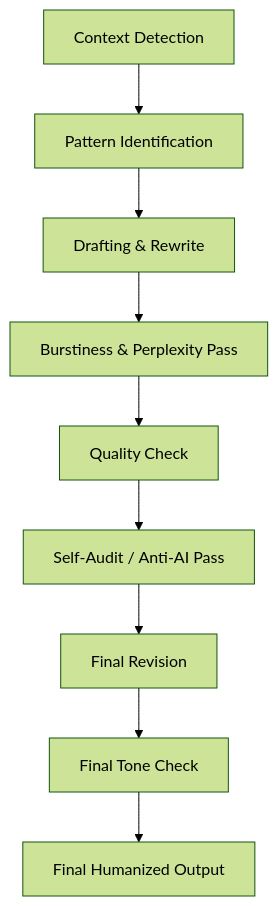
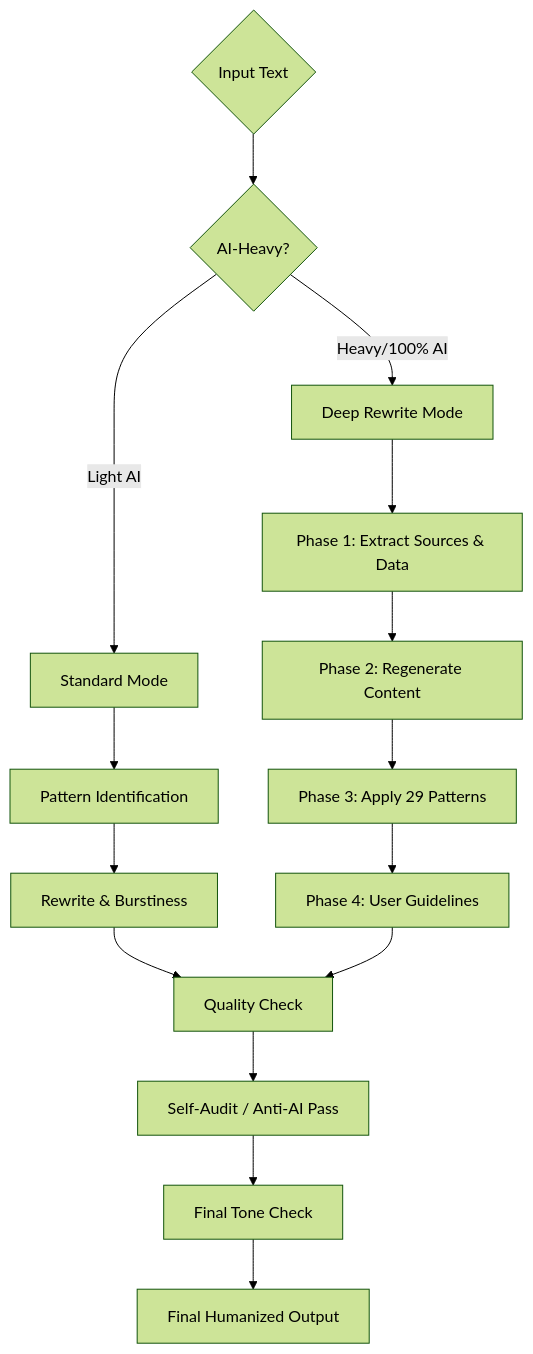
Before and after one commit to nadeem12q/academic-humanizer: the diagram in README.md, drawn with Mermaid (forest theme). The commit also changed other lines of this file and 1 other file, not shown here.

Commit message:
v2.0.0: Deep Rewrite Mode - Full content regeneration for 100% AI text

````diff
--- a/README.md
+++ b/README.md
@@ -37,11 +43,17 @@
 ```mermaid
 graph TD
-    A[Context Detection] --> B[Pattern Identification]
-    B --> C[Drafting & Rewrite]
-    C --> D[Burstiness & Perplexity Pass]
-    D --> E[Quality Check]
-    E --> F[Self-Audit / Anti-AI Pass]
-    F --> G[Final Revision]
-    G --> H[Final Tone Check]
-    H --> I[Final Humanized Output]
+    START{Input Text} --> MODE{"AI-Heavy?"}
+    MODE -->|Light AI| STD[Standard Mode]
+    MODE -->|Heavy/100% AI| DEEP[Deep Rewrite Mode]
+    DEEP --> P1["Phase 1: Extract Sources & Data"]
+    P1 --> P2["Phase 2: Regenerate Content"]
+    P2 --> P3["Phase 3: Apply 29 Patterns"]
+    P3 --> P4["Phase 4: User Guidelines"]
+    STD --> S1[Pattern Identification]
+    S1 --> S2[Rewrite & Burstiness]
+    S2 --> QC[Quality Check]
+    P4 --> QC
+    QC --> AUDIT[Self-Audit / Anti-AI Pass]
+    AUDIT --> TONE[Final Tone Check]
+    TONE --> OUTPUT[Final Humanized Output]
 ```
````
